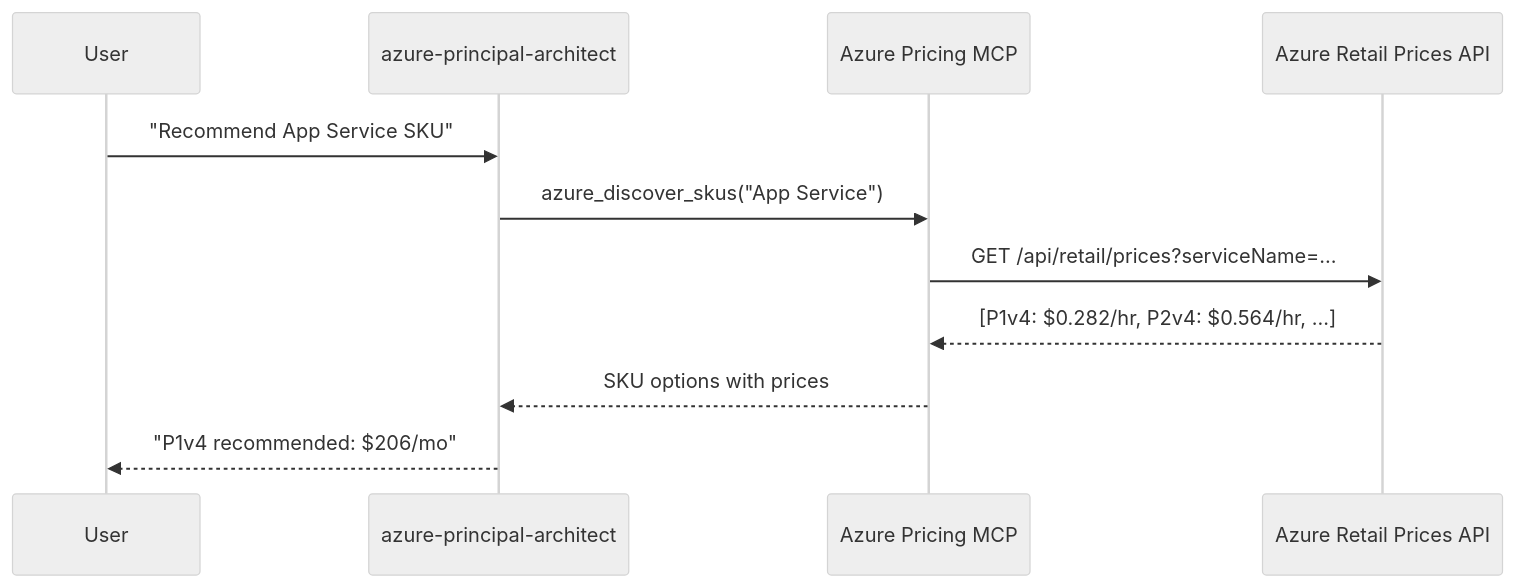
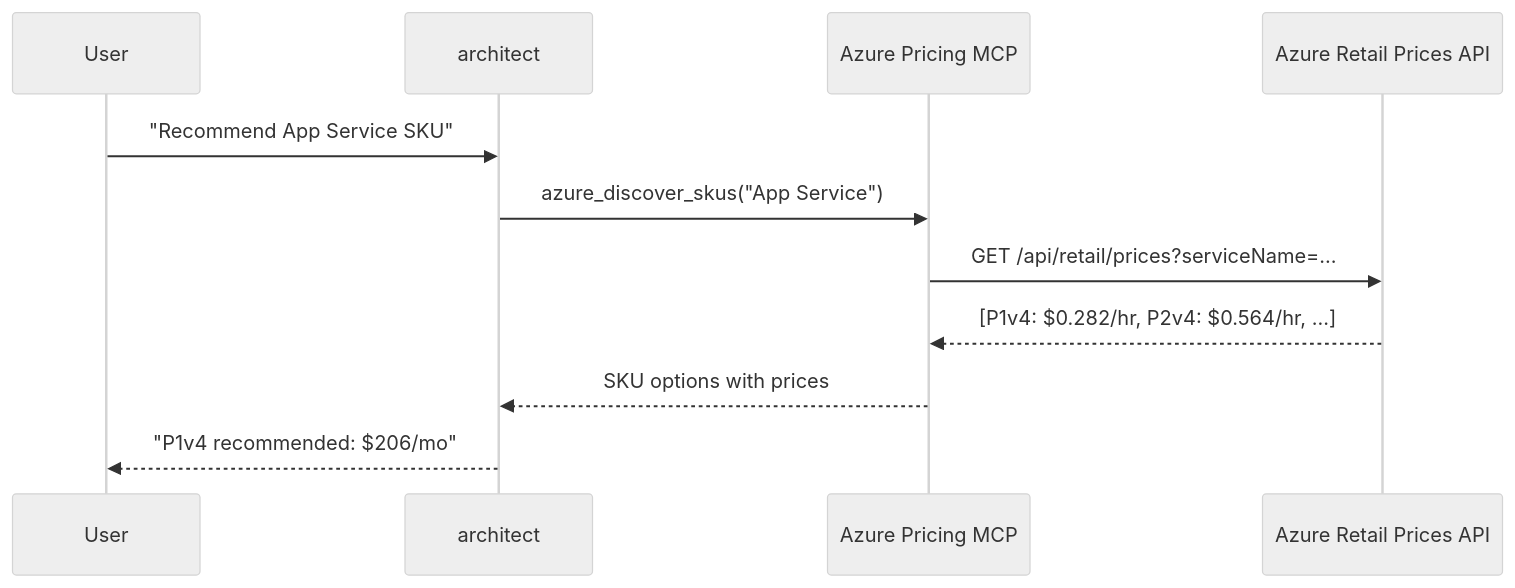
One commit to SmitaCnovate/azure-agentic-infraops changed the second of 2 diagrams in docs/_superseded/reference/workflow.md. Above: the diagram before and after it, drawn with Mermaid. The commit also changed other lines of this file and 102 other files, not shown here.

````diff
--- a/docs/_superseded/reference/workflow.md
+++ b/docs/_superseded/reference/workflow.md
@@ -185,15 +185,15 @@
 ```mermaid
 %%{init: {'theme':'neutral'}}%%
 sequenceDiagram
     participant User
-    participant Architect as azure-principal-architect
+    participant Architect as architect
     participant MCP as Azure Pricing MCP
     participant Azure as Azure Retail Prices API
 
     User->>Architect: "Recommend App Service SKU"
     Architect->>MCP: azure_discover_skus("App Service")
     MCP->>Azure: GET /api/retail/prices?serviceName=...
     Azure-->>MCP: [P1v4: $0.282/hr, P2v4: $0.564/hr, ...]
     MCP-->>Architect: SKU options with prices
     Architect-->>User: "P1v4 recommended: $206/mo"
 ```
````
